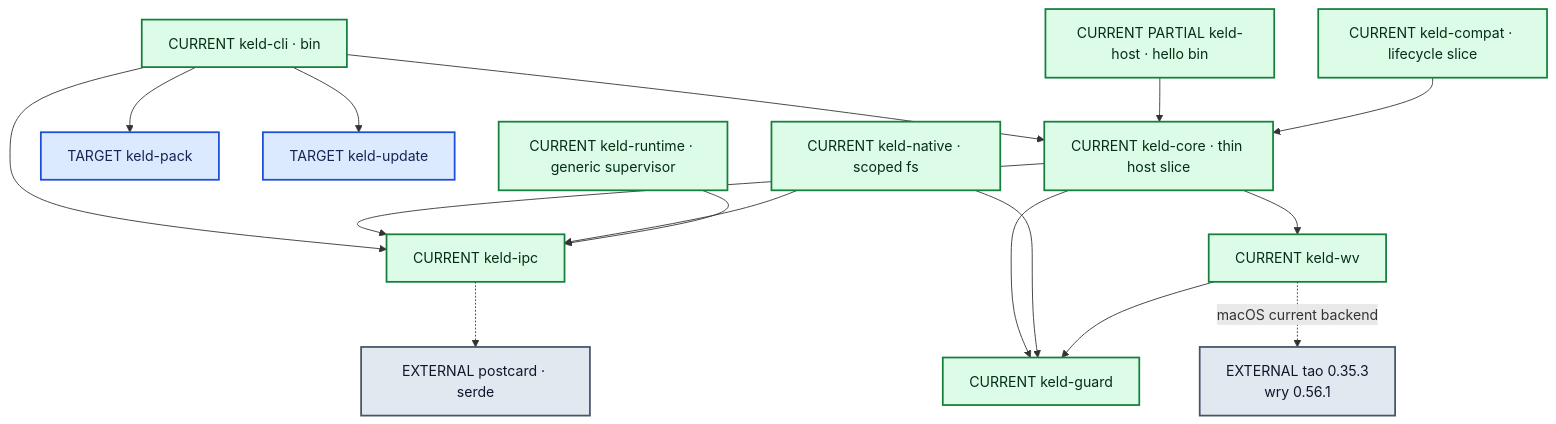
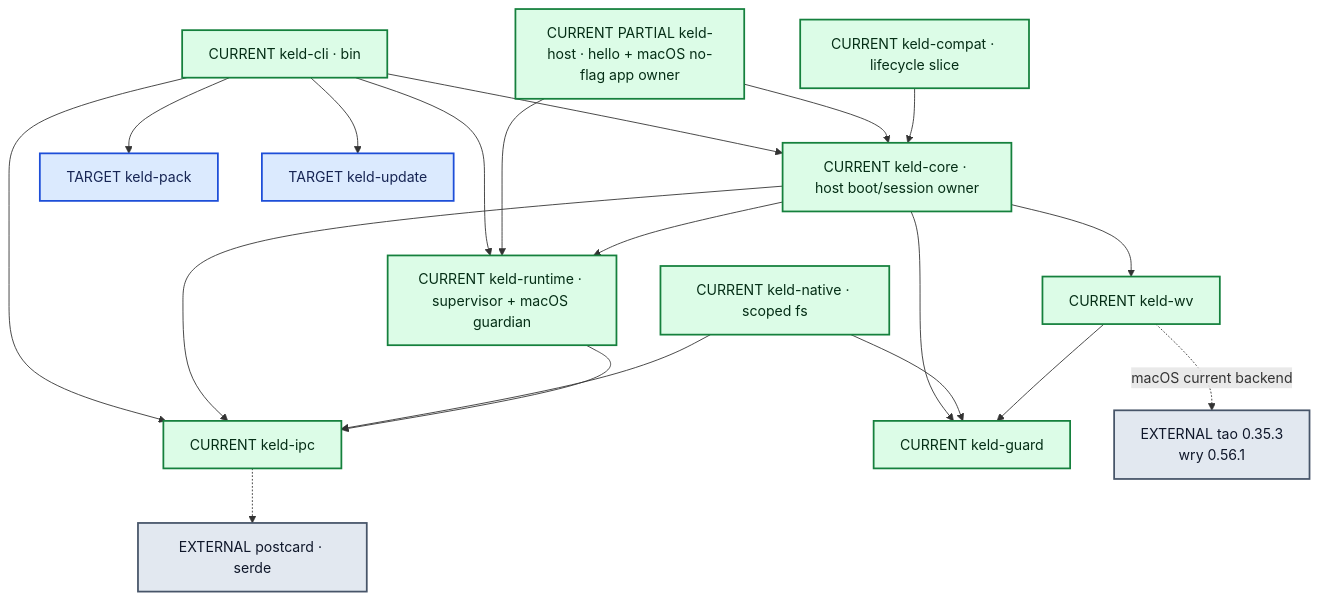
The third of 3 diagrams in docs/onboarding/02-architecture-guide.md (gyldlab/keld), drawn with Mermaid before and after one commit. The commit also changed other lines of this file and 27 other files, not shown here.

Commit message:
feat(host): own atomic macOS boot session (#110)

````diff
--- a/docs/onboarding/02-architecture-guide.md
+++ b/docs/onboarding/02-architecture-guide.md
@@ -323,35 +323,38 @@
 ```mermaid
 flowchart TD
     accTitle: Current Keld crate dependency graph
     accDescr {
       The diagram shows current declared workspace dependencies. Green current nodes
       have live behavior, blue target nodes remain skeletons or are not yet reached by
       the host; the graph is an onboarding map, not a product-completeness claim.
     }
 
     cli["CURRENT keld-cli · bin"] --> core
     cli --> ipc
+    cli --> runtime
     cli --> pack["TARGET keld-pack"]
     cli --> update["TARGET keld-update"]
-    host["CURRENT PARTIAL keld-host · hello bin"] --> core
+    host["CURRENT PARTIAL keld-host · hello + macOS no-flag app owner"] --> core
+    host --> runtime
     compat["CURRENT keld-compat · lifecycle slice"] --> core
-    core["CURRENT keld-core · thin host slice"] --> ipc["CURRENT keld-ipc"]
+    core["CURRENT keld-core · host boot/session owner"] --> ipc["CURRENT keld-ipc"]
     core --> guard["CURRENT keld-guard"]
+    core --> runtime
     core --> wv["CURRENT keld-wv"]
     native["CURRENT keld-native · scoped fs"] --> guard
     native --> ipc
-    runtime["CURRENT keld-runtime · generic supervisor"] --> ipc
+    runtime["CURRENT keld-runtime · supervisor + macOS guardian"] --> ipc
     wv --> guard
     wv -.->|macOS current backend| ext["EXTERNAL tao 0.35.3<br/>wry 0.56.1"]
     ipc -.-> pc["EXTERNAL postcard · serde"]
 
     classDef current fill:#dcfce7,stroke:#15803d,color:#052e16,stroke-width:2px
     classDef target fill:#dbeafe,stroke:#1d4ed8,color:#172554,stroke-width:2px
     classDef showcase fill:#f3e8ff,stroke:#7e22ce,color:#3b0764,stroke-width:2px,stroke-dasharray:5 3
     classDef gate fill:#fef3c7,stroke:#b45309,color:#451a03,stroke-width:2px
     classDef external fill:#e2e8f0,stroke:#475569,color:#0f172a,stroke-width:2px
     classDef denied fill:#fee2e2,stroke:#b91c1c,color:#450a0a,stroke-width:2px
     class cli,compat,core,ipc,guard,wv,native,runtime,host current
     class pack,update target
     class ext,pc external
 ```
````
